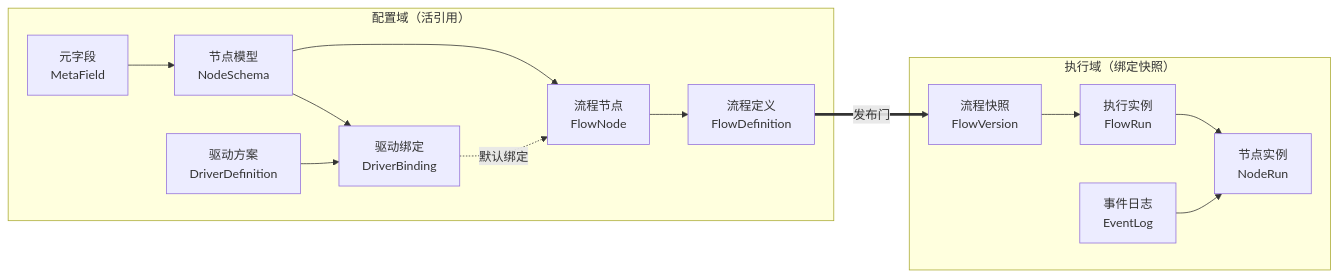
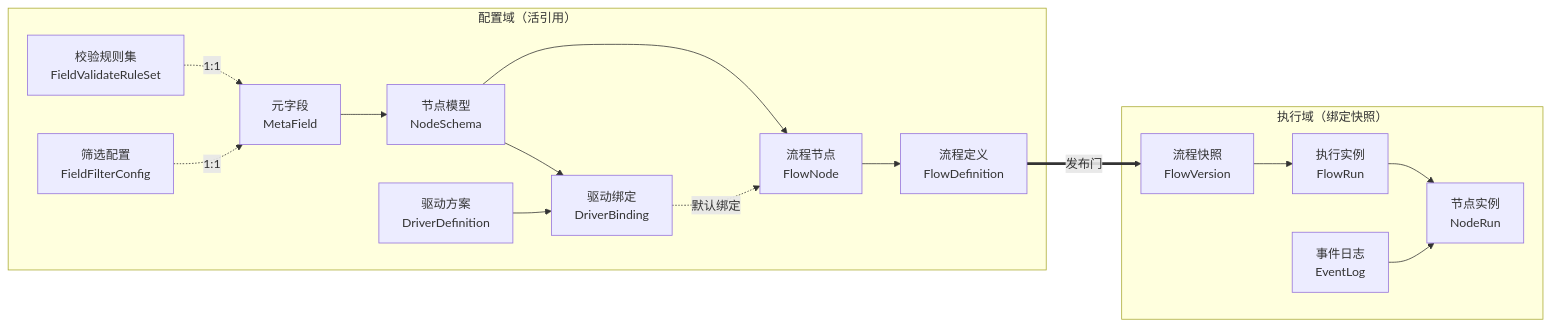
The diagram in docs/00-术语表与总览.md (huang-hee/flowcanvas), drawn with Mermaid before and after one commit. The commit also changed other lines of this file and 9 other files, not shown here.

````diff
--- a/docs/00-术语表与总览.md
+++ b/docs/00-术语表与总览.md
@@ -45,19 +47,21 @@
 ```mermaid
 flowchart LR
     subgraph Config["配置域（活引用）"]
+        VRS["校验规则集<br/>FieldValidateRuleSet"] -.1:1.-> MF
+        FFC["筛选配置<br/>FieldFilterConfig"] -.1:1.-> MF
         MF["元字段<br/>MetaField"] --> NS["节点模型<br/>NodeSchema"]
         DD["驱动方案<br/>DriverDefinition"] --> DB["驱动绑定<br/>DriverBinding"]
         NS --> DB
         NS --> FN["流程节点<br/>FlowNode"]
         DB -.默认绑定.-> FN
         FN --> FD["流程定义<br/>FlowDefinition"]
     end
 
     FD ==发布门==> FV["流程快照<br/>FlowVersion"]
 
     subgraph Run["执行域（绑定快照）"]
         FV --> FR["执行实例<br/>FlowRun"]
         FR --> NR["节点实例<br/>NodeRun"]
         EL["事件日志<br/>EventLog"] --> NR
     end
 ```
````
